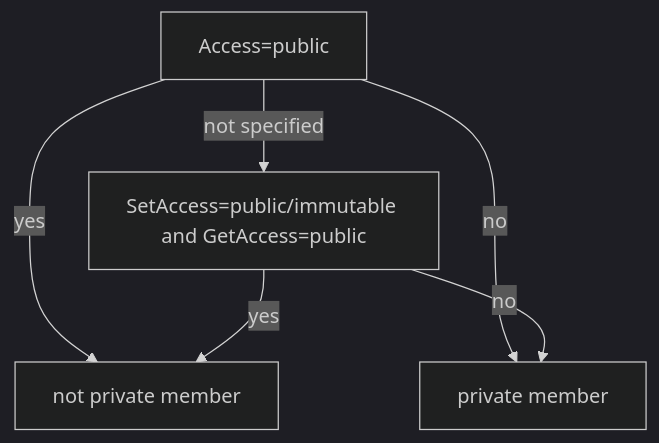
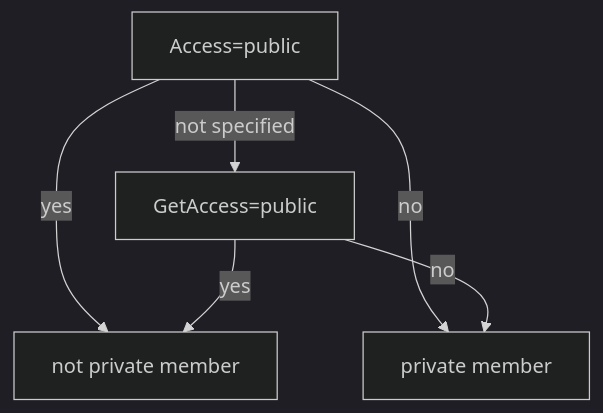
One commit to watermarkhu/mkdocstrings-matlab changed the diagram in docs/usage/configuration/members.md. Above: the diagram before and after it, drawn with Mermaid (dark theme). The commit also changed 1 other file, not shown here.

Commit message:
fix: odo not check for property SetAccess for private

````diff
--- a/docs/usage/configuration/members.md
+++ b/docs/usage/configuration/members.md
@@ -169,14 +169,14 @@
 ```mermaid 
 flowchart TD
 a[Access=public]
-sg[SetAccess=public/immutable and GetAccess=public]
+ga[GetAccess=public]
 
 public[not private member]
 private[private member]
 a -- yes --> public 
 a -- no --> private
-a -- "not specified" --> sg
-sg -- no --> private
-sg -- yes --> public
+a -- "not specified" --> ga
+ga -- no --> private
+ga -- yes --> public
 
 ```
````
